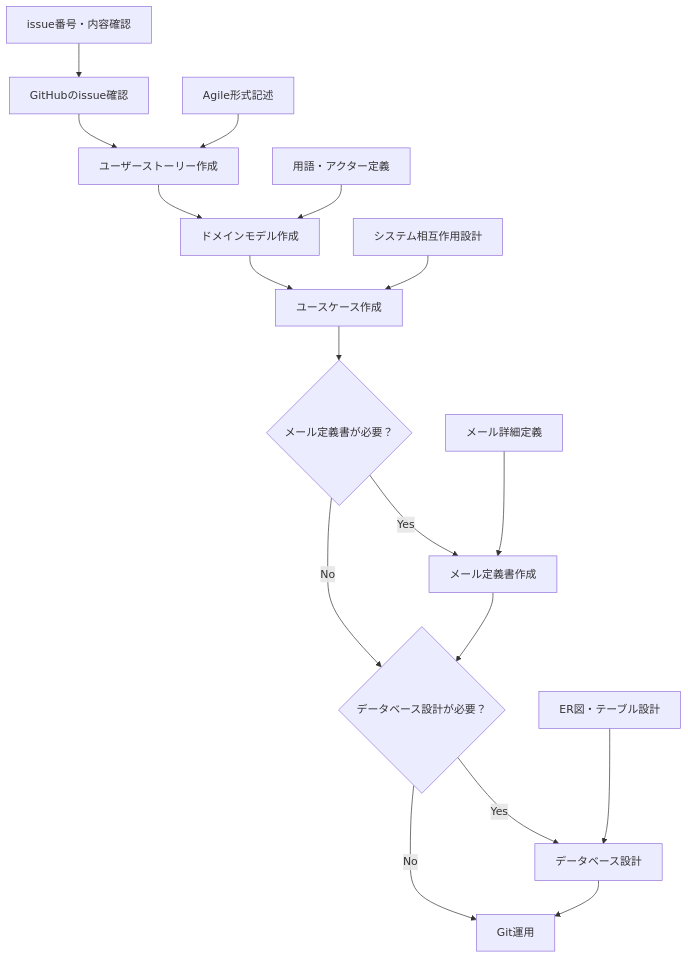
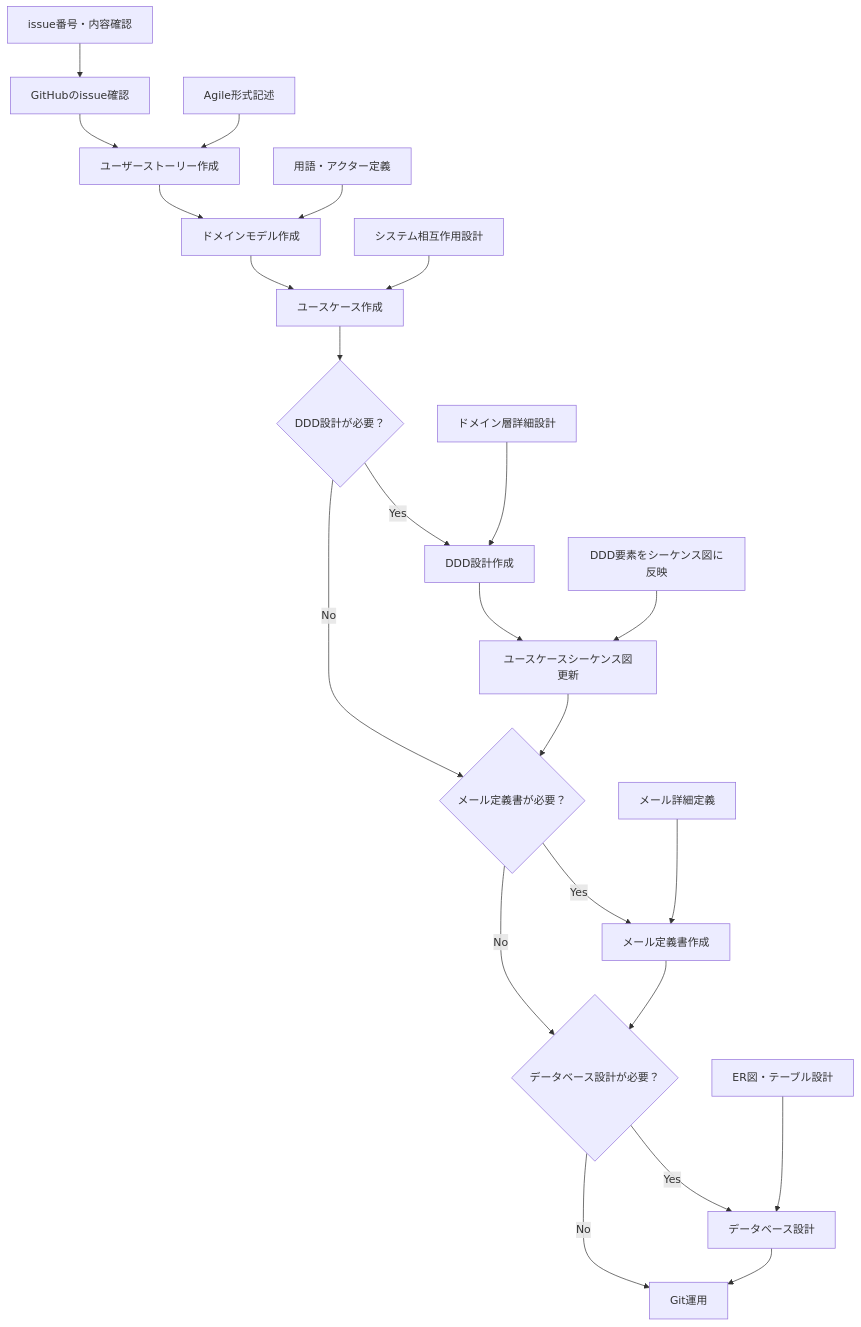
One commit to MasaruFukazawa/designdocs-sample.fukazawasoftwaredevelopment.com changed the diagram in .cursor/docs/design/workflow.md. Above: the diagram before and after it, drawn with Mermaid. The commit also changed other lines of this file and 5 other files, not shown here.

````diff
--- a/.cursor/docs/design/workflow.md
+++ b/.cursor/docs/design/workflow.md
@@ -111,21 +111,27 @@
 ```mermaid
 %%{init: {"theme": "default"}}%%
 graph TD
     A[GitHubのissue確認] --> B[ユーザーストーリー作成]
     B --> C[ドメインモデル作成]
     C --> D[ユースケース作成]
-    D --> E{メール定義書が必要？}
-    E -->|Yes| F[メール定義書作成]
-    E -->|No| G{データベース設計が必要？}
-    F --> G{データベース設計が必要？}
-    G -->|Yes| H[データベース設計]
-    G -->|No| I[Git運用]
-    H --> I[Git運用]
+    D --> E{DDD設計が必要？}
+    E -->|Yes| F[DDD設計作成]
+    E -->|No| G{メール定義書が必要？}
+    F --> F2[ユースケースシーケンス図更新]
+    F2 --> G{メール定義書が必要？}
+    G -->|Yes| H[メール定義書作成]
+    G -->|No| I{データベース設計が必要？}
+    H --> I{データベース設計が必要？}
+    I -->|Yes| J[データベース設計]
+    I -->|No| K[Git運用]
+    J --> K[Git運用]
     
     A1[issue番号・内容確認] --> A
     B1[Agile形式記述] --> B
     C1[用語・アクター定義] --> C
     D1[システム相互作用設計] --> D
-    F1[メール詳細定義] --> F
-    H1[ER図・テーブル設計] --> H
+    F1[ドメイン層詳細設計] --> F
+    F21[DDD要素をシーケンス図に反映] --> F2
+    H1[メール詳細定義] --> H
+    J1[ER図・テーブル設計] --> J
 ```
````
